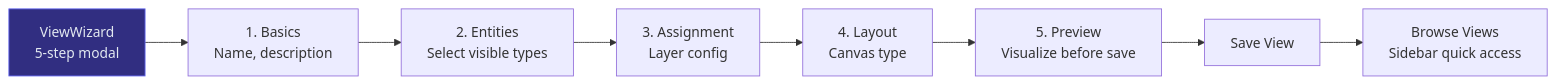
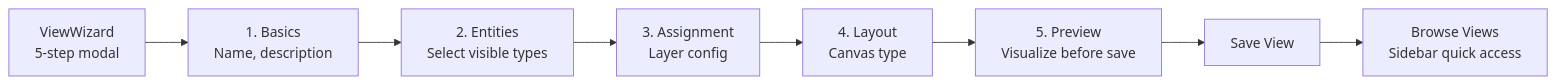
Before and after one commit to rkrumins/dataviz: the fifth of 11 diagrams in docs/FRONTEND.md, drawn with Mermaid. The commit also changed other lines of this file and 46 other files, not shown here.

````diff
--- a/docs/FRONTEND.md
+++ b/docs/FRONTEND.md
@@ -196,16 +186,15 @@
 ```mermaid
 graph LR
     Create["ViewWizard<br/>5-step modal"]
     Step1["1. Basics<br/>Name, description"]
     Step2["2. Entities<br/>Select visible types"]
     Step3["3. Assignment<br/>Layer config"]
     Step4["4. Layout<br/>Canvas type"]
     Step5["5. Preview<br/>Visualize before save"]
     Save["Save View"]
     Browse["Browse Views<br/>Sidebar quick access"]
 
     Create --> Step1 --> Step2 --> Step3 --> Step4 --> Step5 --> Save
     Save --> Browse
 
-    style Create fill:#312e81,stroke:#6366f1,color:#e2e8f0
 ```
````
